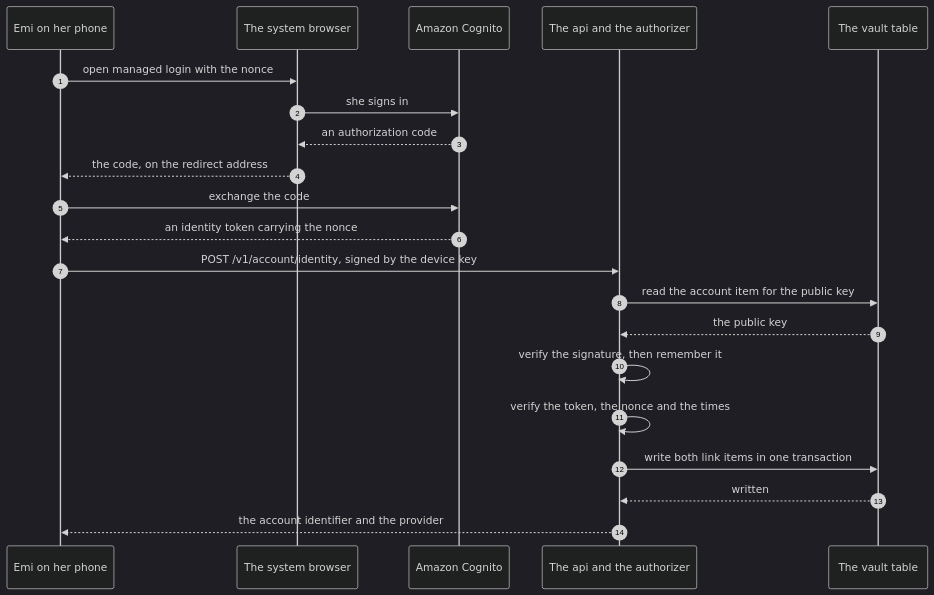
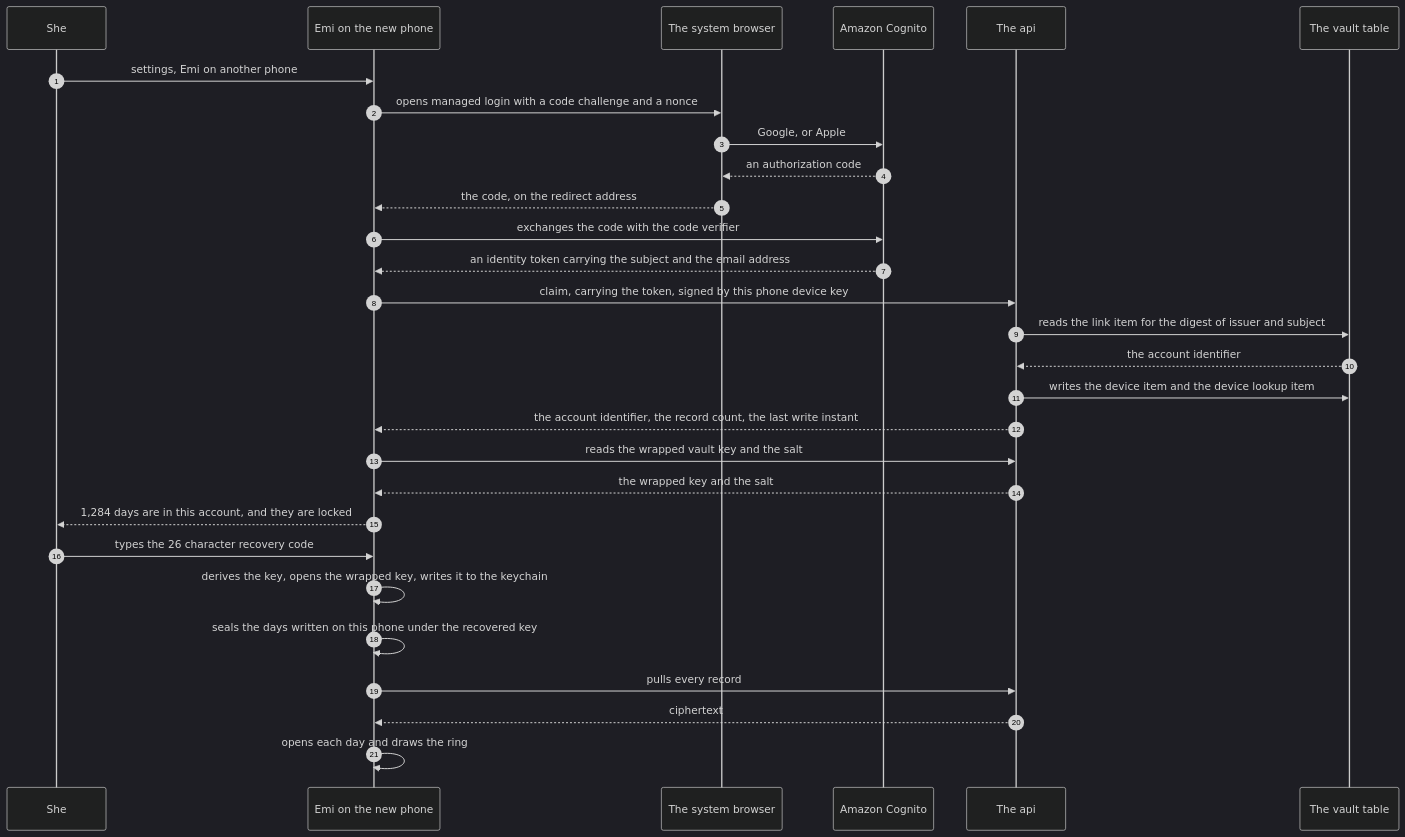
The first of 2 diagrams in docs/design/accounts.md (atlantic-blue/emi), drawn with Mermaid (dark theme) before and after one commit. The commit also changed other lines of this file, not shown here.

Commit message:
EMI: docs: the sign in is Google and Apple, and it opens no day

````diff
--- a/docs/design/accounts.md
+++ b/docs/design/accounts.md
@@ -138,23 +218,31 @@
 ```mermaid
 sequenceDiagram
-    autonumber
-    participant P as Emi on her phone
-    participant B as The system browser
-    participant C as Amazon Cognito
-    participant G as The api and the authorizer
-    participant T as The vault table
-    P->>B: open managed login with the nonce
-    B->>C: she signs in
-    C-->>B: an authorization code
-    B-->>P: the code, on the redirect address
-    P->>C: exchange the code
-    C-->>P: an identity token carrying the nonce
-    P->>G: POST /v1/account/identity, signed by the device key
-    G->>T: read the account item for the public key
-    T-->>G: the public key
-    G->>G: verify the signature, then remember it
-    G->>G: verify the token, the nonce and the times
-    G->>T: write both link items in one transaction
-    T-->>G: written
-    G-->>P: the account identifier and the provider
+  autonumber
+  participant W as She
+  participant P as Emi on the new phone
+  participant B as The system browser
+  participant C as Amazon Cognito
+  participant A as The api
+  participant D as The vault table
+  W->>P: settings, Emi on another phone
+  P->>B: opens managed login with a code challenge and a nonce
+  B->>C: Google, or Apple
+  C-->>B: an authorization code
+  B-->>P: the code, on the redirect address
+  P->>C: exchanges the code with the code verifier
+  C-->>P: an identity token carrying the subject and the email address
+  P->>A: claim, carrying the token, signed by this phone device key
+  A->>D: reads the link item for the digest of issuer and subject
+  D-->>A: the account identifier
+  A->>D: writes the device item and the device lookup item
+  A-->>P: the account identifier, the record count, the last write instant
+  P->>A: reads the wrapped vault key and the salt
+  A-->>P: the wrapped key and the salt
+  P-->>W: 1,284 days are in this account, and they are locked
+  W->>P: types the 26 character recovery code
+  P->>P: derives the key, opens the wrapped key, writes it to the keychain
+  P->>P: seals the days written on this phone under the recovered key
+  P->>A: pulls every record
+  A-->>P: ciphertext
+  P->>P: opens each day and draws the ring
 ```
````
